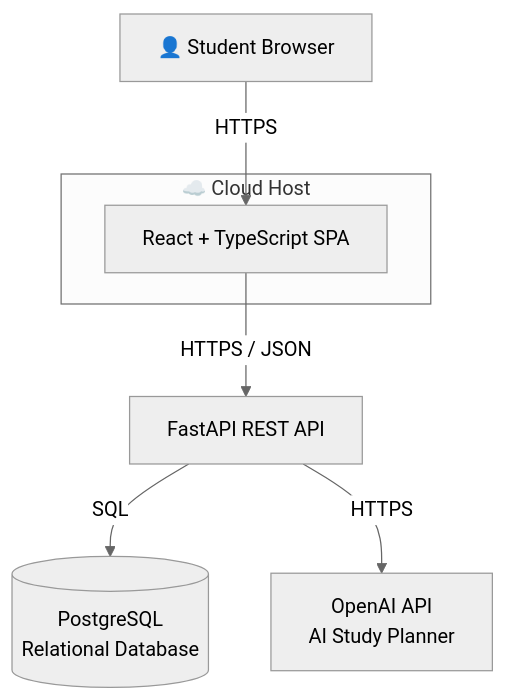
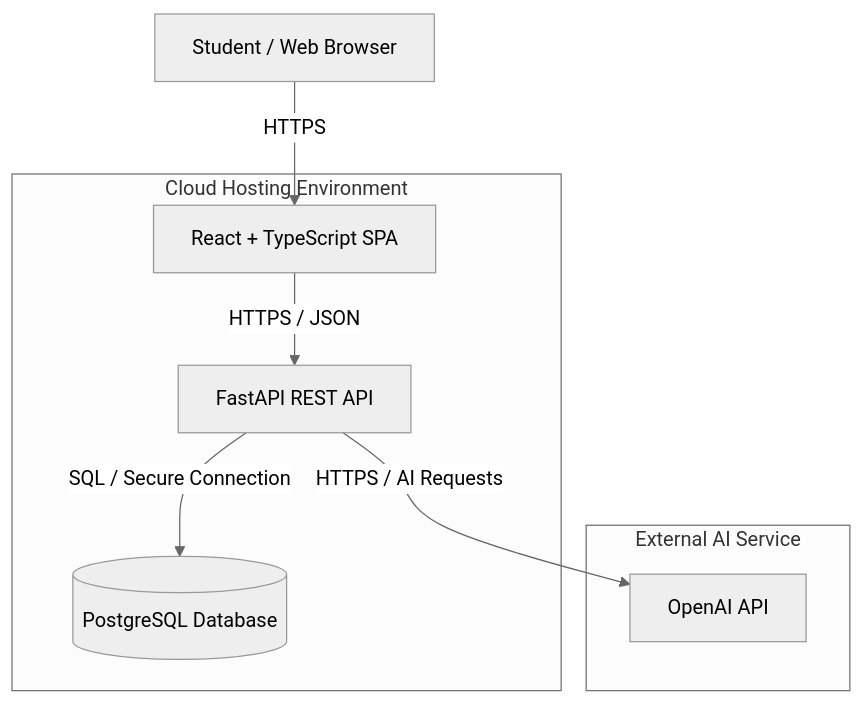
Before and after one commit to kpv17codes/studysync-ai: the first of 10 diagrams in docs/milestone-3/system-design.md, drawn with Mermaid (neutral theme). The commit also changed other lines of this file and 1 other file, not shown here.

Commit message:
docs: add milestone 3 design report draft and diagram updates

````diff
--- a/docs/milestone-3/system-design.md
+++ b/docs/milestone-3/system-design.md
@@ -8,17 +9,19 @@
 ```mermaid
 flowchart TB
-    User["👤 Student Browser"]
+    User["Student / Web Browser"]
 
-    subgraph Cloud["☁️ Cloud Host"]
+    subgraph Cloud["Cloud Hosting Environment"]
         Frontend["React + TypeScript SPA"]
+        Backend["FastAPI REST API"]
+        Database[("PostgreSQL Database")]
     end
 
-    Backend["FastAPI REST API"]
-    Database[("PostgreSQL<br/>Relational Database")]
-    AI["OpenAI API<br/>AI Study Planner"]
+    subgraph External["External AI Service"]
+        AI["OpenAI API"]
+    end
 
-    User -->|HTTPS| Frontend
-    Frontend -->|HTTPS / JSON| Backend
-    Backend -->|SQL| Database
-    Backend -->|HTTPS| AI
+    User -->|"HTTPS"| Frontend
+    Frontend -->|"HTTPS / JSON"| Backend
+    Backend -->|"SQL / Secure Connection"| Database
+    Backend -->|"HTTPS / AI Requests"| AI
 ```
````
